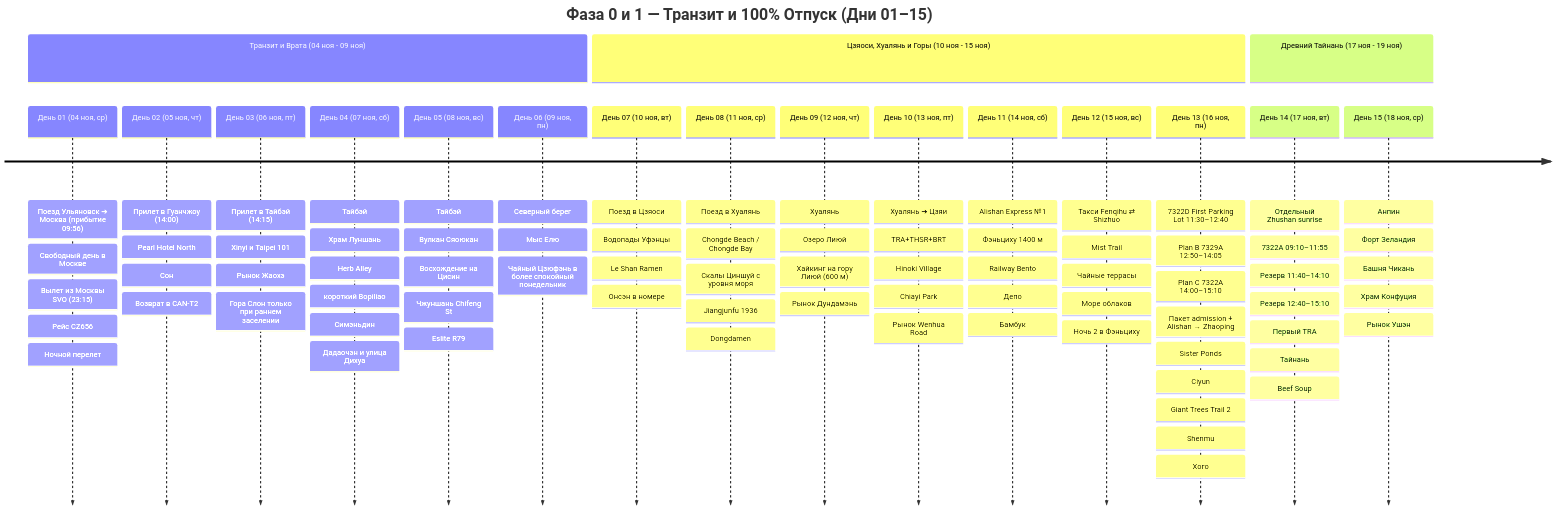
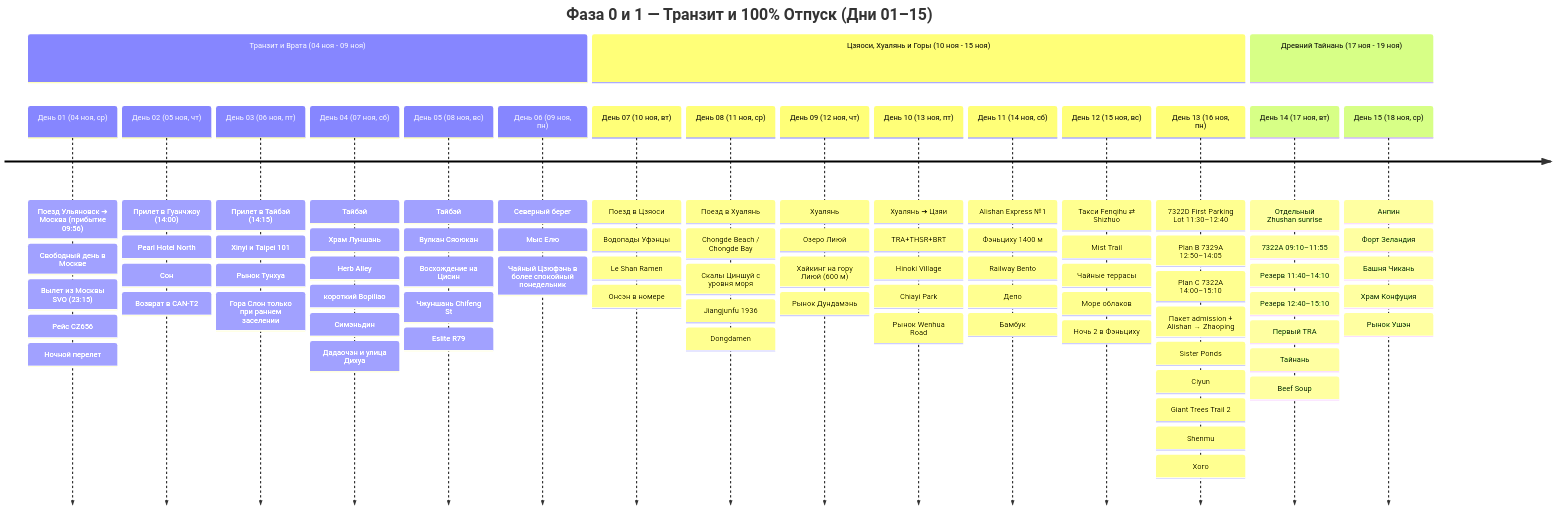
Before and after one commit to injurka/obsidian-mark: the first of 2 diagrams in Personal Note/Travel/05 Taiwan/Taiwan.md, drawn with Mermaid. The commit also changed 19 other files, not shown here.

````diff
--- a/Personal Note/Travel/05 Taiwan/Taiwan.md
+++ b/Personal Note/Travel/05 Taiwan/Taiwan.md
@@ -64,22 +64,22 @@
 ```mermaid
 timeline
     title Фаза 0 и 1 — Транзит и 100% Отпуск (Дни 01–15)
     section Транзит и Врата (04 ноя - 09 ноя)
         День 01 (04 ноя, ср) : Поезд Ульяновск ➔ Москва (прибытие 09:56) : Свободный день в Москве : Вылет из Москвы SVO (23:15) : Рейс CZ656 : Ночной перелет
         День 02 (05 ноя, чт) : Прилет в Гуанчжоу (14:00) : Pearl Hotel North : Сон : Возврат в CAN-T2
-        День 03 (06 ноя, пт) : Прилет в Тайбэй (14:15) : Xinyi и Taipei 101 : Рынок Жаохэ : Гора Слон только при раннем заселении
+        День 03 (06 ноя, пт) : Прилет в Тайбэй (14:15) : Xinyi и Taipei 101 : Рынок Тунхуа : Гора Слон только при раннем заселении
         День 04 (07 ноя, сб) : Тайбэй : Храм Луншань : Herb Alley : короткий Bopiliao : Симэньдин : Дадаочэн и улица Дихуа
         День 05 (08 ноя, вс) : Тайбэй : Вулкан Сяоюкан : Восхождение на Цисин : Чжуншань Chifeng St : Eslite R79
         День 06 (09 ноя, пн) : Северный берег : Мыс Елю : Чайный Цзюфэнь в более спокойный понедельник
     section Цзяоси, Хуалянь и Горы (10 ноя - 15 ноя)
         День 07 (10 ноя, вт) : Поезд в Цзяоси : Водопады Уфэнцы : Le Shan Ramen : Онсэн в номере
         День 08 (11 ноя, ср) : Поезд в Хуалянь : Chongde Beach / Chongde Bay : Скалы Циншуй с уровня моря : Jiangjunfu 1936 : Dongdamen
         День 09 (12 ноя, чт) : Хуалянь : Озеро Лиюй : Хайкинг на гору Лиюй (600 м) : Рынок Дундамэнь
         День 10 (13 ноя, пт) : Хуалянь ➔ Цзяи : TRA+THSR+BRT : Hinoki Village : Chiayi Park : Рынок Wenhua Road
         День 11 (14 ноя, сб) : Alishan Express №1 : Фэньциху 1400 м : Railway Bento : Депо : Бамбук
         День 12 (15 ноя, вс) : Такси Fenqihu ⇄ Shizhuo : Mist Trail : Чайные террасы : Море облаков : Ночь 2 в Фэньциху
         День 13 (16 ноя, пн) : 7322D First Parking Lot 11:30–12:40 : Plan B 7329A 12:50–14:05 : Plan C 7322A 14:00–15:10 : Пакет admission + Alishan → Zhaoping : Sister Ponds : Ciyun : Giant Trees Trail 2 : Shenmu : Хого
     section Древний Тайнань (17 ноя - 19 ноя)
         День 14 (17 ноя, вт) : Отдельный Zhushan sunrise : 7322A 09:10–11:55 : Резерв 11:40–14:10 : Резерв 12:40–15:10 : Первый TRA : Тайнань : Beef Soup
         День 15 (18 ноя, ср) : Анпин : Форт Зеландия : Башня Чикань : Храм Конфуция : Рынок Ушэн
 ```
````
